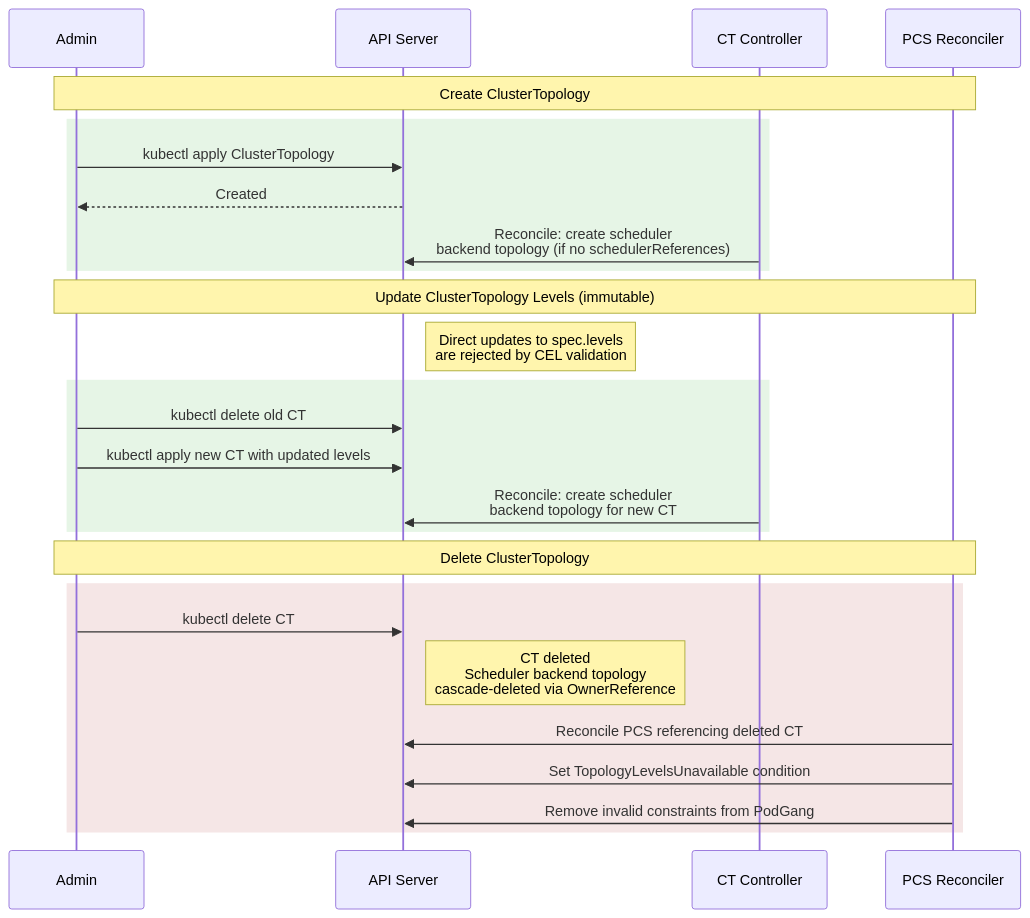
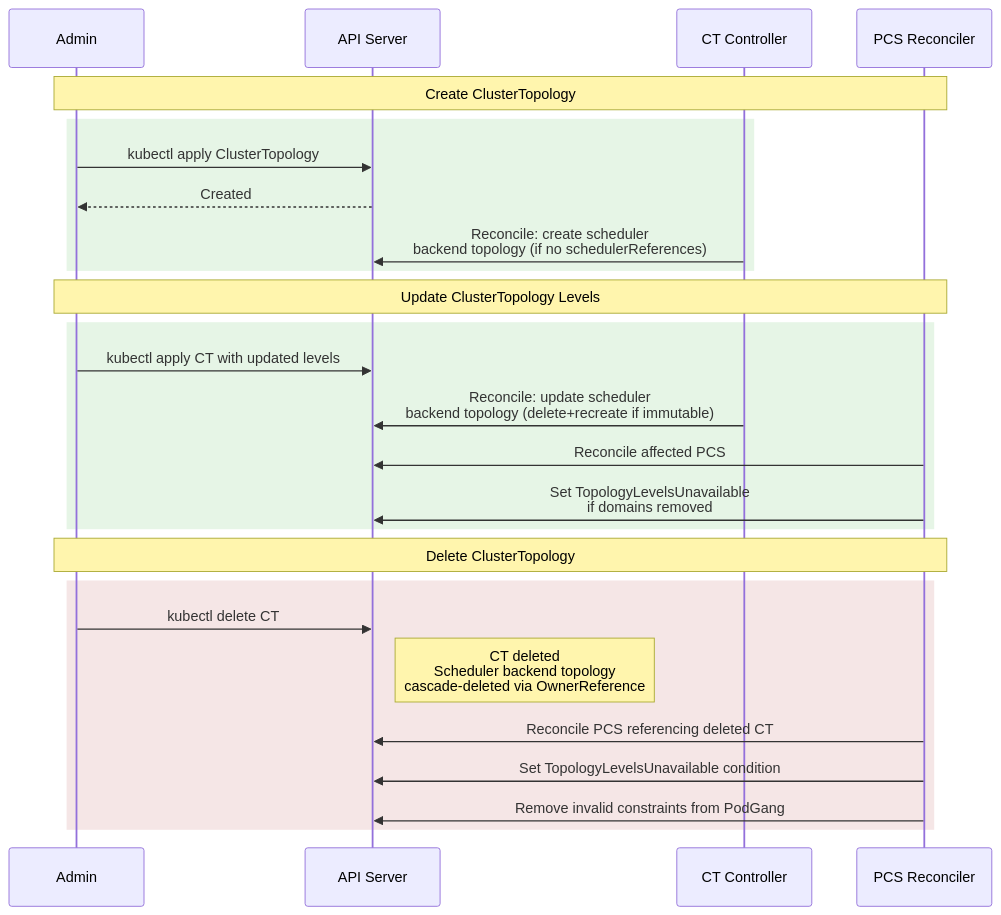
One commit to ai-dynamo/grove changed the diagram in docs/proposals/244-topology-aware-scheduling/README.md. Above: the diagram before and after it, drawn with Mermaid. The commit also changed other lines of this file and 2 other files, not shown here.

First line of the commit message:
relax ClusterTopology spec.levels to be mutable

````diff
--- a/docs/proposals/244-topology-aware-scheduling/README.md
+++ b/docs/proposals/244-topology-aware-scheduling/README.md
@@ -572,34 +572,34 @@
 ```mermaid
 sequenceDiagram
     participant Admin
     participant API as API Server
     participant Ctrl as CT Controller
     participant PCSRec as PCS Reconciler
 
     Note over Admin, PCSRec: Create ClusterTopology
 
     rect rgb(230, 245, 230)
         Admin->>API: kubectl apply ClusterTopology
         API-->>Admin: Created
         Ctrl->>API: Reconcile: create scheduler<br/>backend topology (if no schedulerReferences)
     end
 
-    Note over Admin, PCSRec: Update ClusterTopology Levels (immutable)
+    Note over Admin, PCSRec: Update ClusterTopology Levels
 
-    Note right of API: Direct updates to spec.levels<br/>are rejected by CEL validation
     rect rgb(230, 245, 230)
-        Admin->>API: kubectl delete old CT
-        Admin->>API: kubectl apply new CT with updated levels
-        Ctrl->>API: Reconcile: create scheduler<br/>backend topology for new CT
+        Admin->>API: kubectl apply CT with updated levels
+        Ctrl->>API: Reconcile: update scheduler<br/>backend topology (delete+recreate if immutable)
+        PCSRec->>API: Reconcile affected PCS
+        PCSRec->>API: Set TopologyLevelsUnavailable<br/>if domains removed
     end
 
     Note over Admin, PCSRec: Delete ClusterTopology
 
     rect rgb(245, 230, 230)
         Admin->>API: kubectl delete CT
         Note right of API: CT deleted<br/>Scheduler backend topology<br/>cascade-deleted via OwnerReference
         PCSRec->>API: Reconcile PCS referencing deleted CT
         PCSRec->>API: Set TopologyLevelsUnavailable condition
         PCSRec->>API: Remove invalid constraints from PodGang
     end
 ```
````
